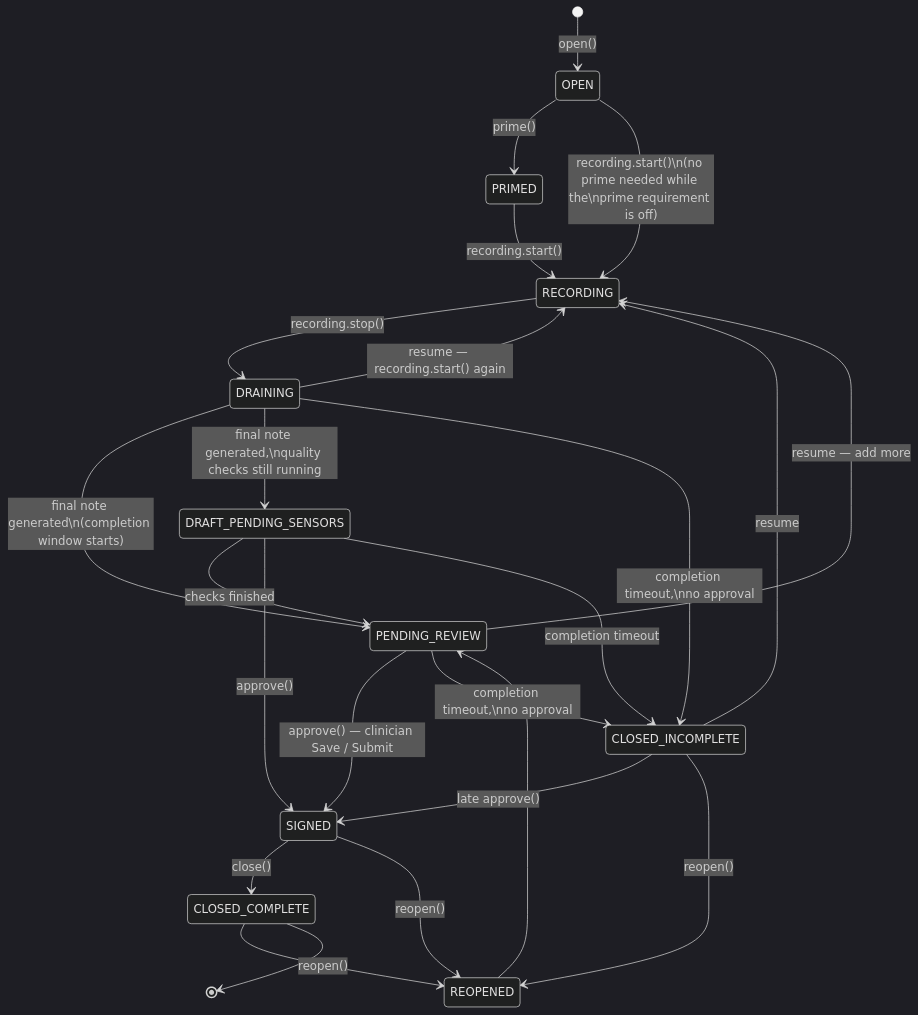
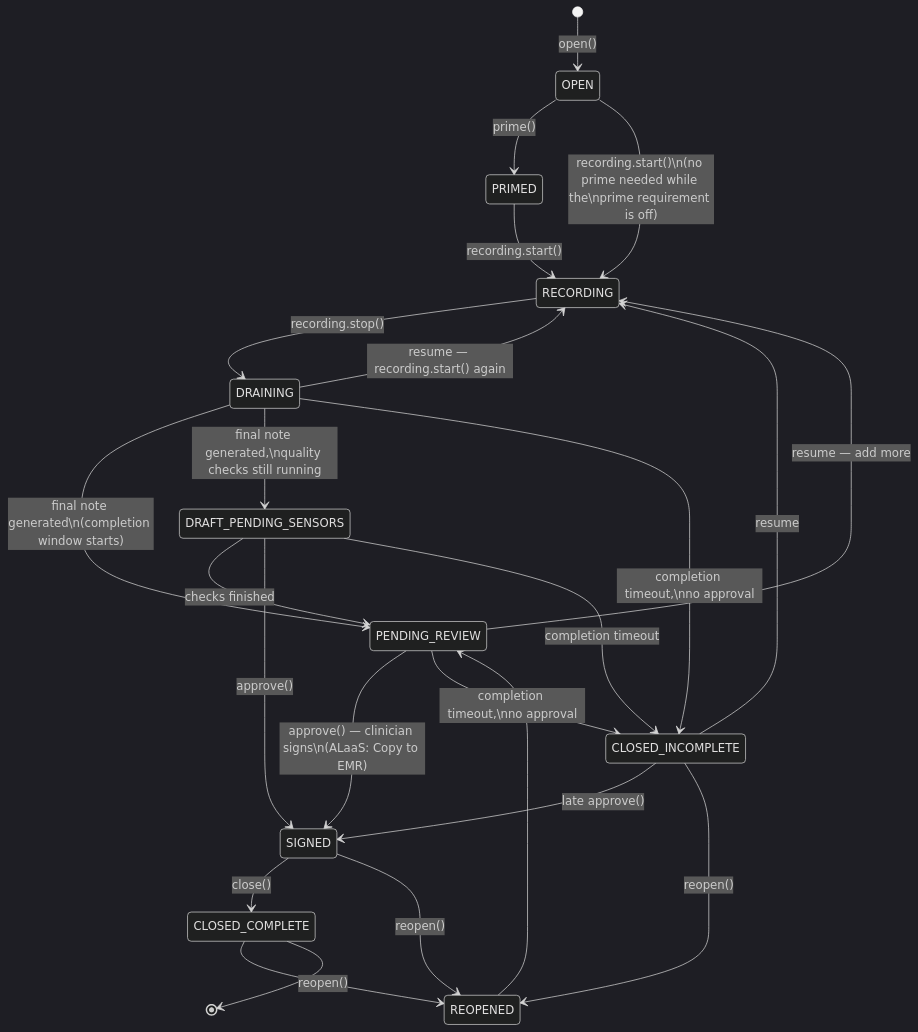
The first of 2 diagrams in docs/guides/consultation-session-lifecycle.md (ArcaAI/vox-platform-study), drawn with Mermaid (dark theme) before and after one commit. The commit also changed other lines of this file and 2 other files, not shown here.

First line of the commit message:
docs(task-1008): EMR copy is the sign-off — lifecycle guide, D-10 superseded, implementation summary

````diff
--- a/docs/guides/consultation-session-lifecycle.md
+++ b/docs/guides/consultation-session-lifecycle.md
@@ -14,26 +14,26 @@
 ```mermaid
 stateDiagram-v2
     [*] --> OPEN: open()
     OPEN --> PRIMED: prime()
     OPEN --> RECORDING: recording.start()\n(no prime needed while the\nprime requirement is off)
     PRIMED --> RECORDING: recording.start()
     RECORDING --> DRAINING: recording.stop()
     DRAINING --> RECORDING: resume — recording.start() again
     DRAINING --> PENDING_REVIEW: final note generated\n(completion window starts)
     DRAINING --> DRAFT_PENDING_SENSORS: final note generated,\nquality checks still running
     DRAFT_PENDING_SENSORS --> PENDING_REVIEW: checks finished
-    PENDING_REVIEW --> SIGNED: approve() — clinician Save / Submit
+    PENDING_REVIEW --> SIGNED: approve() — clinician signs\n(ALaaS: Copy to EMR)
     DRAFT_PENDING_SENSORS --> SIGNED: approve()
     PENDING_REVIEW --> CLOSED_INCOMPLETE: completion timeout,\nno approval
     DRAINING --> CLOSED_INCOMPLETE: completion timeout,\nno approval
     DRAFT_PENDING_SENSORS --> CLOSED_INCOMPLETE: completion timeout
     CLOSED_INCOMPLETE --> SIGNED: late approve()
     CLOSED_INCOMPLETE --> RECORDING: resume
     PENDING_REVIEW --> RECORDING: resume — add more
     SIGNED --> CLOSED_COMPLETE: close()
     SIGNED --> REOPENED: reopen()
     CLOSED_COMPLETE --> REOPENED: reopen()
     CLOSED_INCOMPLETE --> REOPENED: reopen()
     REOPENED --> PENDING_REVIEW
     CLOSED_COMPLETE --> [*]
 ```
````
